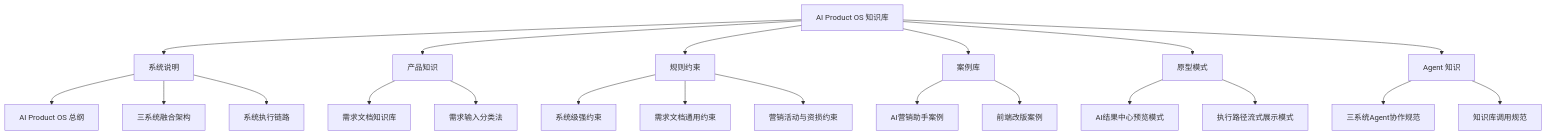
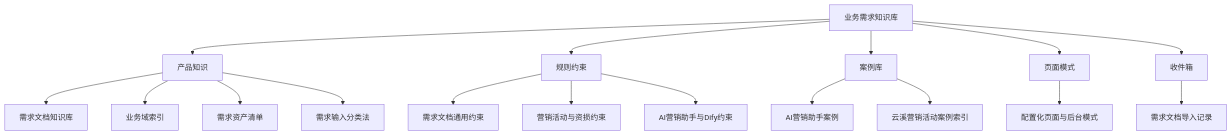
The diagram in knowledge-vault/README.md (harrylee-bot/ai-product-workbench), drawn with Mermaid before and after one commit. The commit also changed other lines of this file and 32 other files, not shown here.

````diff
--- a/knowledge-vault/README.md
+++ b/knowledge-vault/README.md
@@ -36,23 +34,19 @@
 ```mermaid
 graph TD
-    A[AI Product OS 知识库] --> B[系统说明]
-    A --> C[产品知识]
-    A --> D[规则约束]
-    A --> E[案例库]
-    A --> F[原型模式]
-    A --> G[Agent 知识]
-    B --> B1[AI Product OS 总纲]
-    B --> B2[三系统融合架构]
-    B --> B3[系统执行链路]
-    C --> C1[需求文档知识库]
-    C --> C2[需求输入分类法]
-    D --> D1[系统级强约束]
-    D --> D2[需求文档通用约束]
-    D --> D3[营销活动与资损约束]
-    E --> E1[AI营销助手案例]
-    E --> E2[前端改版案例]
-    F --> F1[AI结果中心预览模式]
-    F --> F2[执行路径流式展示模式]
-    G --> G1[三系统Agent协作规范]
-    G --> G2[知识库调用规范]
+    A[业务需求知识库] --> B[产品知识]
+    A --> C[规则约束]
+    A --> D[案例库]
+    A --> E[页面模式]
+    A --> F[收件箱]
+    B --> B1[需求文档知识库]
+    B --> B2[业务域索引]
+    B --> B3[需求资产清单]
+    B --> B4[需求输入分类法]
+    C --> C1[需求文档通用约束]
+    C --> C2[营销活动与资损约束]
+    C --> C3[AI营销助手与Dify约束]
+    D --> D1[AI营销助手案例]
+    D --> D2[云溪营销活动案例索引]
+    E --> E1[配置化页面与后台模式]
+    F --> F1[需求文档导入记录]
 ```
````
